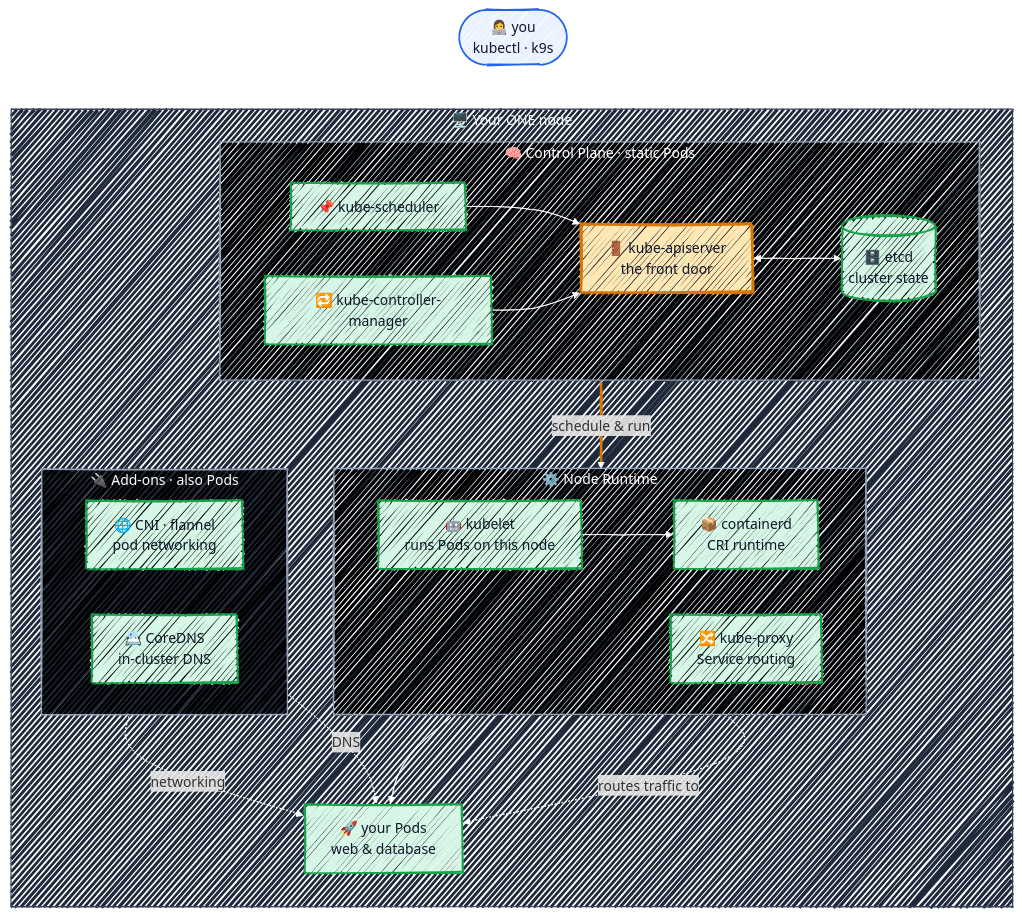
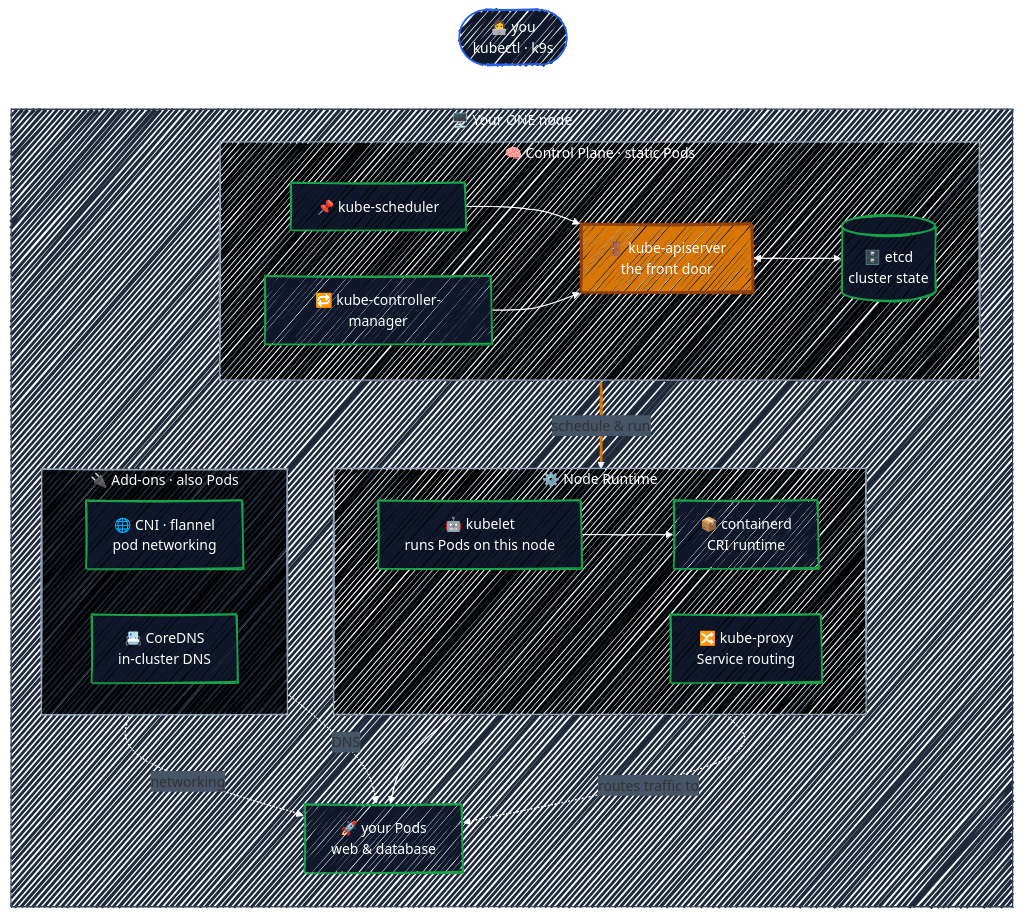
The diagram in README.md (r97221004/k8s-tutorial), drawn with Mermaid before and after one commit.

Commit message:
docs: darken diagram node classes to match subgraph theme
AS IS: the you/api/component node classes (ctrl/eng/tgt) used light
fills with dark text, clashing with the cp/runtime/addons/host
subgraphs that were recently switched to dark backgrounds, and the
edge label had no background to stay legible against dark lines

TO BE: recolor ctrl/eng/tgt to dark fills with white text for a
consistent dark theme across the whole diagram, and give edge labels
a slate background for legibility

TASK # N/A

````diff
--- a/README.md
+++ b/README.md
@@ -28,64 +28,65 @@
 ```mermaid
 ---
 config:
   look: handDrawn
   theme: default
   themeVariables:
     fontFamily: '"Comic Sans MS", "Comic Sans", "Segoe Print", "Bradley Hand", cursive'
     clusterBkg: '#FAFAFA'
     clusterBorder: '#94A3B8'
     lineColor: '#FFFFFF'
+    edgeLabelBackground: '#475569'
 ---
 flowchart TB
     you(["👩‍💻 you<br/>kubectl · k9s"])
 
     subgraph host["🖥️ Your ONE node"]
         direction TB
 
         subgraph cp["🧠 Control Plane · static Pods"]
             direction LR
             sched["📌 kube-scheduler"]
             kcm["🔁 kube-controller-manager"]
             api["🚪 kube-apiserver<br/>the front door"]
             etcd[("🗄️ etcd<br/>cluster state")]
             sched --> api
             kcm --> api
             api <--> etcd
         end
 
         subgraph runtime["⚙️ Node Runtime"]
             direction LR
             kubelet["🤖 kubelet<br/>runs Pods on this node"]
             cri["📦 containerd<br/>CRI runtime"]
             proxy["🔀 kube-proxy<br/>Service routing"]
         end
 
         pods["🚀 your Pods<br/>web &amp; database"]
 
         subgraph addons["🔌 Add-ons · also Pods"]
             direction LR
             cni["🌐 CNI · flannel<br/>pod networking"]
             dns["📇 CoreDNS<br/>in-cluster DNS"]
         end
 
         kubelet --> cri --> pods
         proxy -. routes traffic to .-> pods
         cni -. networking .-> pods
         dns -. DNS .-> pods
     end
 
     you --> api
     api ==>|"schedule &amp; run"| kubelet
 
-    classDef ctrl fill:#EAF2FF,stroke:#2563EB,stroke-width:2px,color:#0F172A
-    classDef eng fill:#FFE8B3,stroke:#D97706,stroke-width:3px,color:#0F172A
-    classDef tgt fill:#D7F7E6,stroke:#16A34A,stroke-width:2px,color:#0F172A
+    classDef ctrl fill:#0F172A,stroke:#2563EB,stroke-width:2px,color:#FFFFFF
+    classDef eng fill:#D97706,stroke:#92400E,stroke-width:3px,color:#FFFFFF
+    classDef tgt fill:#0F172A,stroke:#16A34A,stroke-width:2px,color:#FFFFFF
     class you ctrl
     class api eng
     class etcd,sched,kcm,kubelet,proxy,cri,pods,cni,dns tgt
     linkStyle 9 stroke:#D97706,stroke-width:3px
     style host fill:#1E293B,stroke:#334155,color:#F1F5F9,fillStyle:solid
     style cp fill:#000000,stroke:#94A3B8,color:#FFFFFF,fillStyle:solid
     style runtime fill:#000000,stroke:#94A3B8,color:#FFFFFF,fillStyle:solid
     style addons fill:#000000,stroke:#94A3B8,color:#FFFFFF,fillStyle:solid
 ```
````
